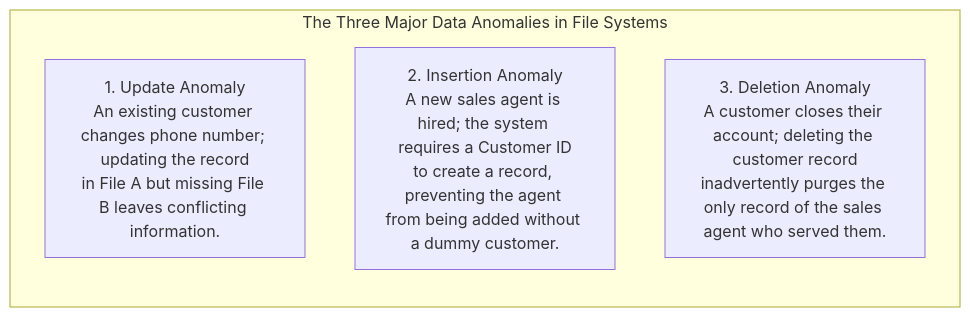
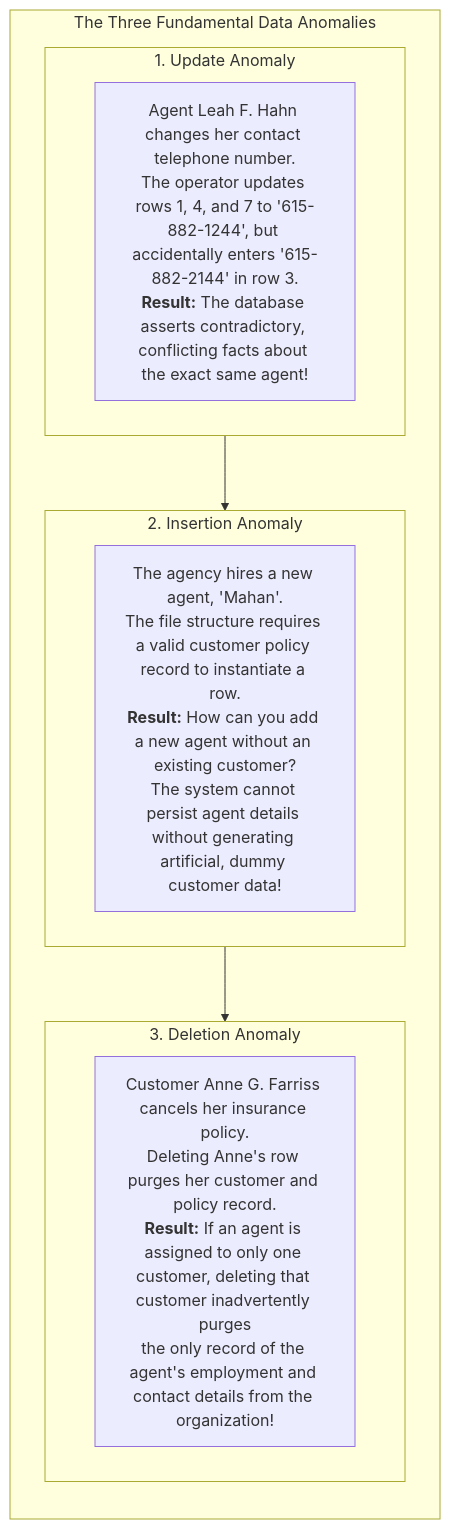
Before and after one commit to Fake1Doge/Obsidian-notes: diagram 14 of 58 in Y2S1/CCA202 Database Fundamentals.md, drawn with Mermaid. The commit also changed other lines of this file and 9 other files, not shown here.

````diff
--- a/Y2S1/CCA202 Database Fundamentals.md
+++ b/Y2S1/CCA202 Database Fundamentals.md
@@ -179,9 +544,20 @@
 ```mermaid
 flowchart TD
-    subgraph Anomalies["The Three Major Data Anomalies in File Systems"]
+    subgraph TheAnomalies["The Three Fundamental Data Anomalies"]
         direction TB
-        UpAnom["1. Update Anomaly<br/>An existing customer changes phone number; updating the record<br/>in File A but missing File B leaves conflicting information."]
-        InsAnom["2. Insertion Anomaly<br/>A new sales agent is hired; the system requires a Customer ID<br/>to create a record, preventing the agent from being added without a dummy customer."]
-        DelAnom["3. Deletion Anomaly<br/>A customer closes their account; deleting the customer record<br/>inadvertently purges the only record of the sales agent who served them."]
+
+        subgraph UpAnom["1. Update Anomaly"]
+            UA_Text["Agent Leah F. Hahn changes her contact telephone number.<br/>The operator updates rows 1, 4, and 7 to '615-882-1244', but accidentally enters '615-882-2144' in row 3.<br/><b>Result:</b> The database asserts contradictory, conflicting facts about the exact same agent!"]
+        end
+
+        subgraph InsAnom["2. Insertion Anomaly"]
+            IA_Text["The agency hires a new agent, 'Mahan'.<br/>The file structure requires a valid customer policy record to instantiate a row.<br/><b>Result:</b> How can you add a new agent without an existing customer?<br/>The system cannot persist agent details without generating artificial, dummy customer data!"]
+        end
+
+        subgraph DelAnom["3. Deletion Anomaly"]
+            DA_Text["Customer Anne G. Farriss cancels her insurance policy.<br/>Deleting Anne's row purges her customer and policy record.<br/><b>Result:</b> If an agent is assigned to only one customer, deleting that customer inadvertently purges<br/>the only record of the agent's employment and contact details from the organization!"]
+        end
+
+        UpAnom --> InsAnom --> DelAnom
     end
 ```
````
